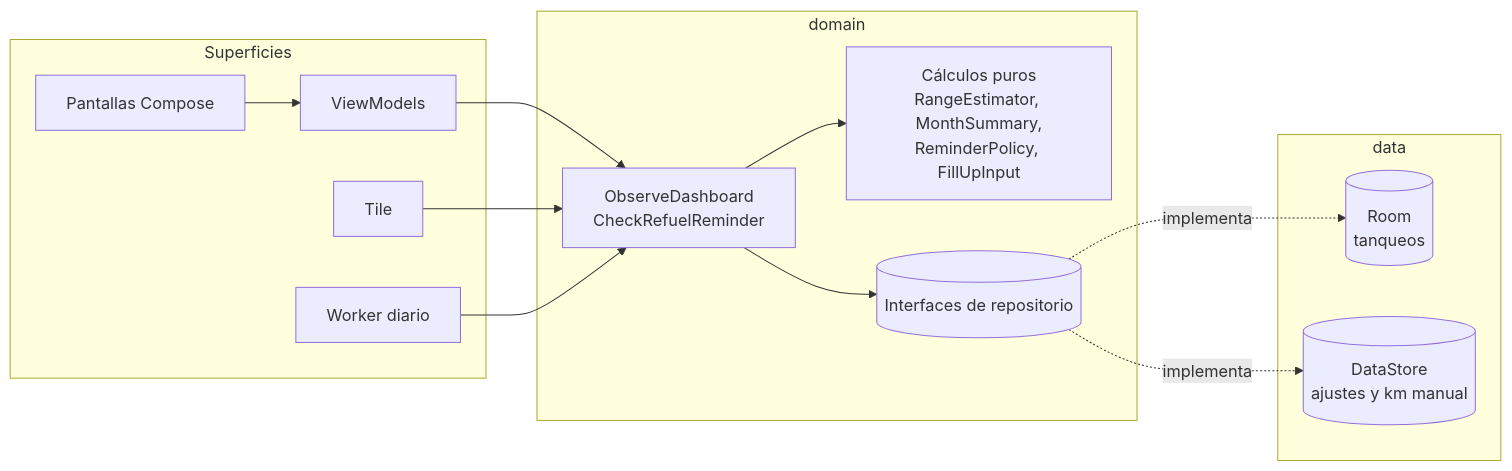
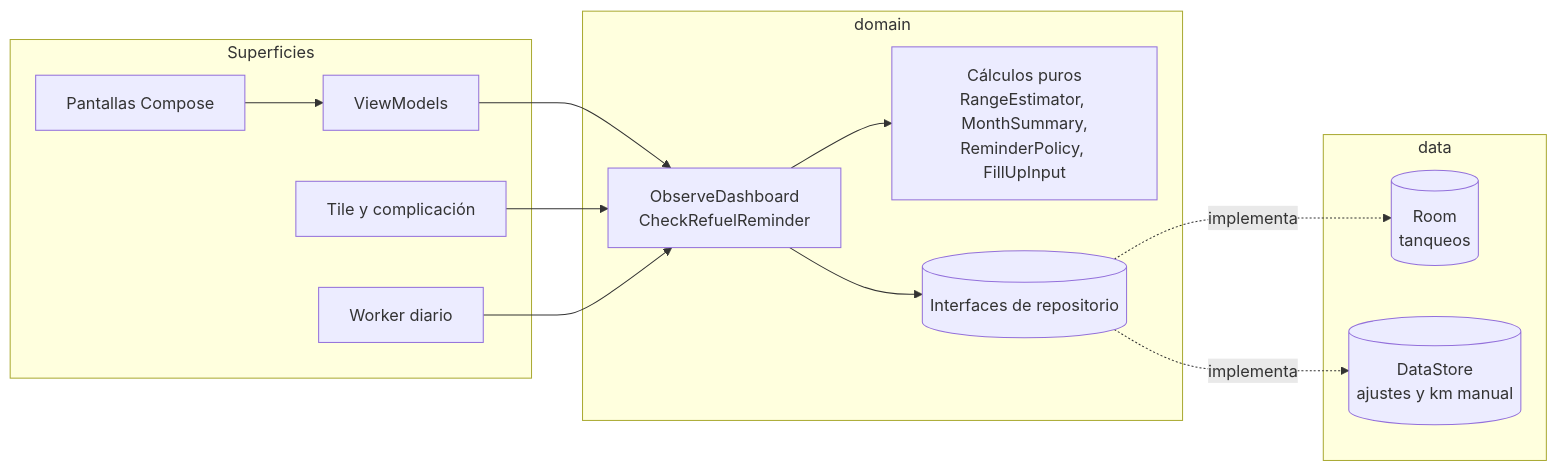
One commit to tulcansantiago08-cell/Tanqueo changed the diagram in README.md. Above: the diagram before and after it, drawn with Mermaid. The commit also changed other lines of this file and 15 other files, not shown here.

````diff
--- a/README.md
+++ b/README.md
@@ -92,24 +110,24 @@
 ```mermaid
 flowchart LR
     subgraph Superficies
         S[Pantallas Compose] --> VM[ViewModels]
-        T[Tile]
+        T[Tile y complicación]
         W[Worker diario]
     end
     subgraph Domain["domain"]
         UC[ObserveDashboard<br/>CheckRefuelReminder]
         C[Cálculos puros<br/>RangeEstimator, MonthSummary,<br/>ReminderPolicy, FillUpInput]
         R[(Interfaces de repositorio)]
     end
     subgraph Data["data"]
         DB[(Room<br/>tanqueos)]
         DS[(DataStore<br/>ajustes y km manual)]
     end
     VM --> UC
     T --> UC
     W --> UC
     UC --> C
     UC --> R
     R -.implementa.-> DB
     R -.implementa.-> DS
 ```
````
